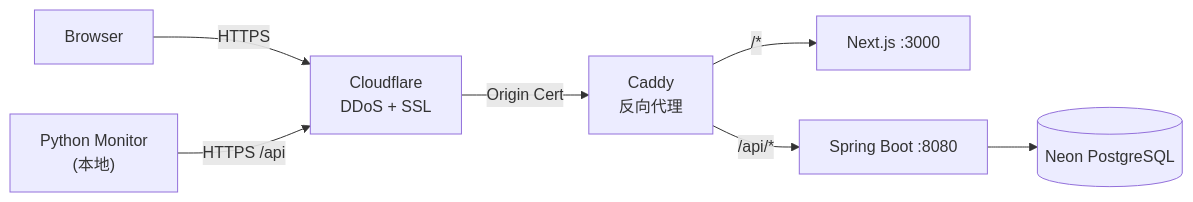
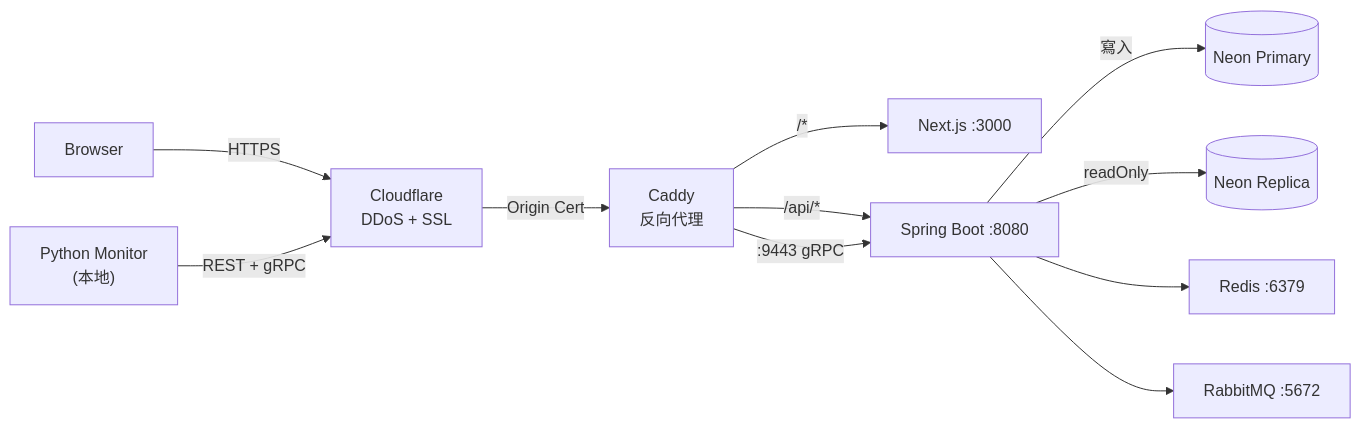
Before and after one commit to justinhsu1477/crypto-signal-trader: the second of 2 diagrams in README.md, drawn with Mermaid. The commit also changed other lines of this file, not shown here.

Commit message:
feat: Update README with Redis and Read Replica details + enhance architecture diagram

````diff
--- a/README.md
+++ b/README.md
@@ -33,16 +38,23 @@
 ```mermaid
 graph LR
     User["Browser"]
     CF["Cloudflare<br/>DDoS + SSL"]
     Caddy["Caddy<br/>反向代理"]
     Dashboard["Next.js :3000"]
     TradingAPI["Spring Boot :8080"]
-    DB[("Neon PostgreSQL")]
+    Redis["Redis :6379"]
+    RMQ["RabbitMQ :5672"]
+    Primary[("Neon Primary")]
+    Replica[("Neon Replica")]
     Monitor["Python Monitor<br/>(本地)"]
 
     User -->|"HTTPS"| CF -->|"Origin Cert"| Caddy
     Caddy -->|"/api/*"| TradingAPI
     Caddy -->|"/*"| Dashboard
-    TradingAPI --> DB
-    Monitor -->|"HTTPS /api"| CF
+    Caddy -->|":9443 gRPC"| TradingAPI
+    TradingAPI -->|"寫入"| Primary
+    TradingAPI -->|"readOnly"| Replica
+    TradingAPI --> Redis
+    TradingAPI --> RMQ
+    Monitor -->|"REST + gRPC"| CF
 ```
````
